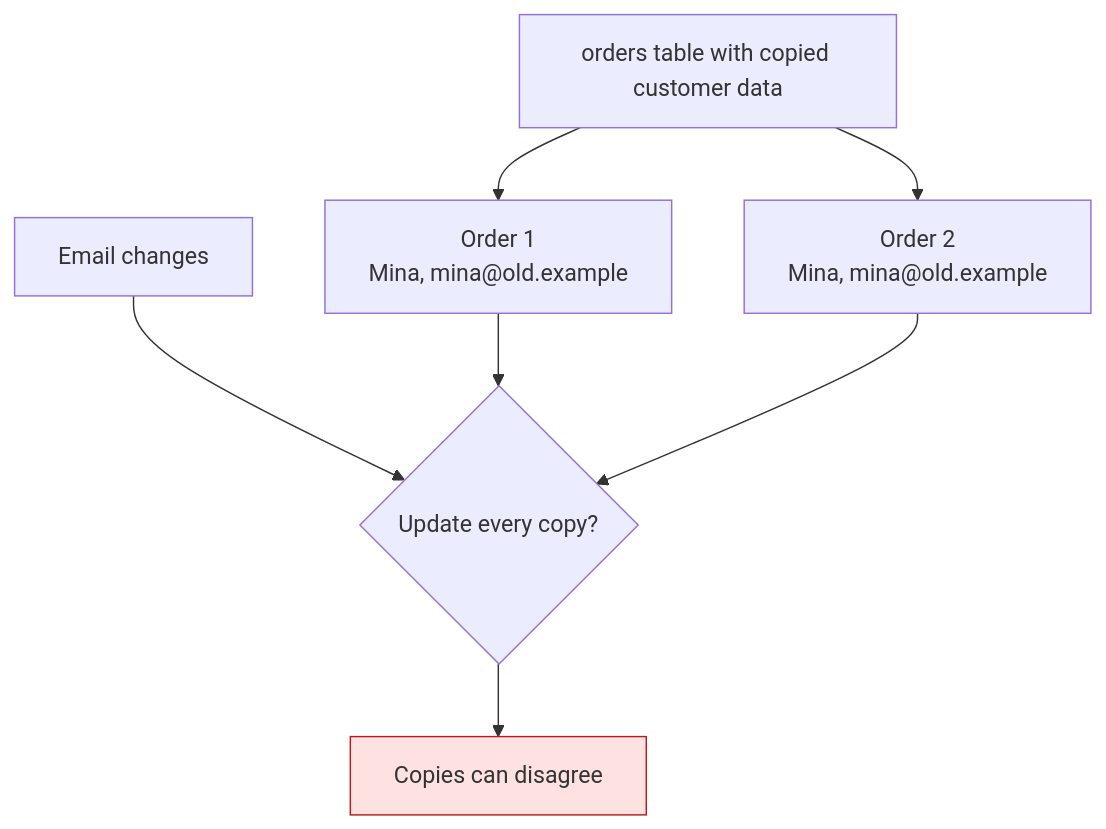
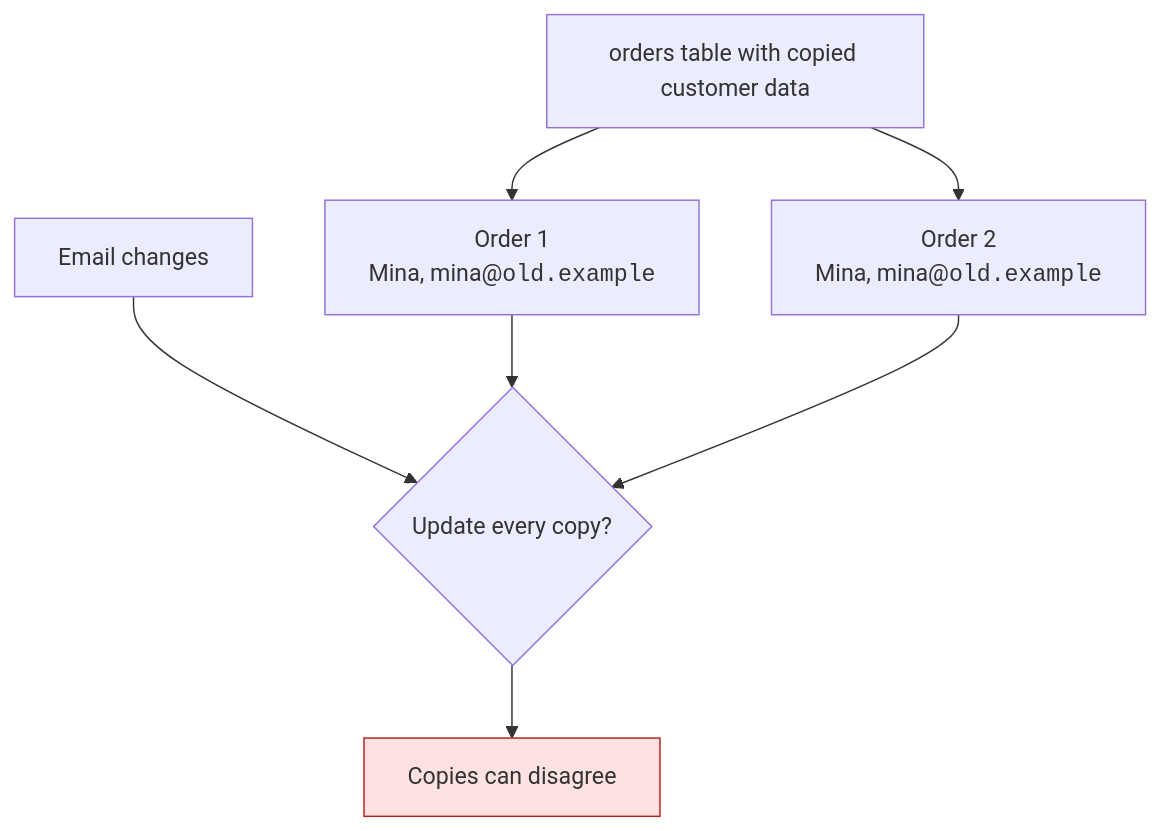
One commit to dataslope/dataslope changed the third of 7 diagrams in content/learn/database-design-postgresql/foreign-keys.mdx. Above: the diagram before and after it, drawn with Mermaid. The commit also changed other lines of this file and 218 other files, not shown here.

First line of the commit message:
Render code-only mermaid shapes in monospace; convert step sequences to Steps (#467)

````diff
--- a/content/learn/database-design-postgresql/foreign-keys.mdx
+++ b/content/learn/database-design-postgresql/foreign-keys.mdx
@@ -49,10 +49,10 @@
 ```mermaid
 flowchart TB
-    A["orders table with copied customer data"] --> B["Order 1<br/>Mina, mina@old.example"]
-    A --> C["Order 2<br/>Mina, mina@old.example"]
+    A["orders table with copied customer data"] --> B["Order 1<br/>Mina, mina@<code>old.example</code>"]
+    A --> C["Order 2<br/>Mina, mina@<code>old.example</code>"]
     D["Email changes"] --> E{"Update every copy?"}
     B --> E
     C --> E
     E --> F["Copies can disagree"]:::bad
     classDef bad fill:#fee2e2,stroke:#b91c1c
 ```
````
